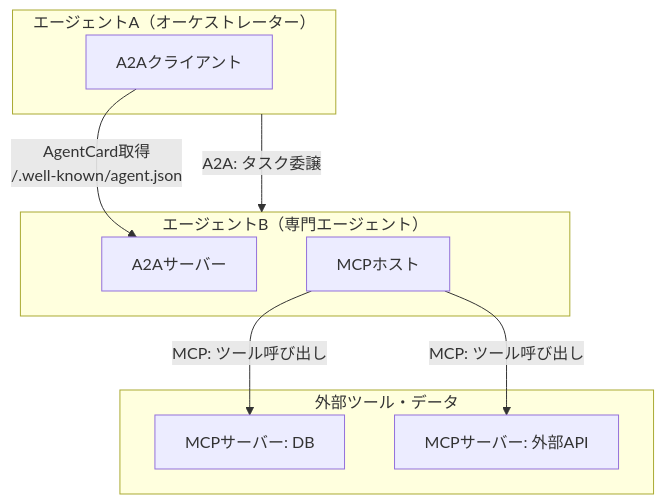
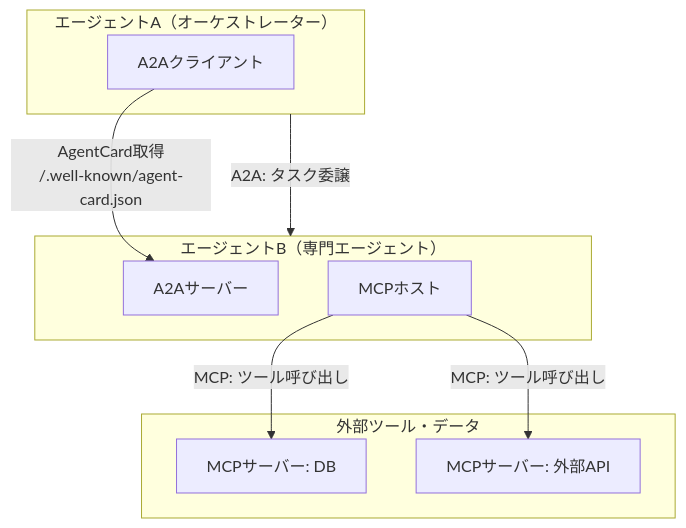
One commit to myoshi2891/Cloud-Infrastructure-Studies changed diagram 12 of 21 in Professional-agentic-architect-guide.md. Above: the diagram before and after it, drawn with Mermaid. The commit also changed other lines of this file and 2 other files, not shown here.

Commit message:
docs: update Computer Networks and Professional Agentic Architect study guides

````diff
--- a/Professional-agentic-architect-guide.md
+++ b/Professional-agentic-architect-guide.md
@@ -430,19 +430,19 @@
 ```mermaid
 flowchart TB
     subgraph AgentA["エージェントA（オーケストレーター）"]
         A2AClient["A2Aクライアント"]
     end
     subgraph AgentB["エージェントB（専門エージェント）"]
         A2AServer["A2Aサーバー"]
         MCPHost["MCPホスト"]
     end
     subgraph Tools["外部ツール・データ"]
         MCPServer1["MCPサーバー: DB"]
         MCPServer2["MCPサーバー: 外部API"]
     end
 
     AgentA -->|A2A: タスク委譲| AgentB
-    A2AClient -->|AgentCard取得<br/>/.well-known/agent.json| A2AServer
+    A2AClient -->|AgentCard取得<br/>/.well-known/agent-card.json| A2AServer
     MCPHost -->|MCP: ツール呼び出し| MCPServer1
     MCPHost -->|MCP: ツール呼び出し| MCPServer2
 ```
````
